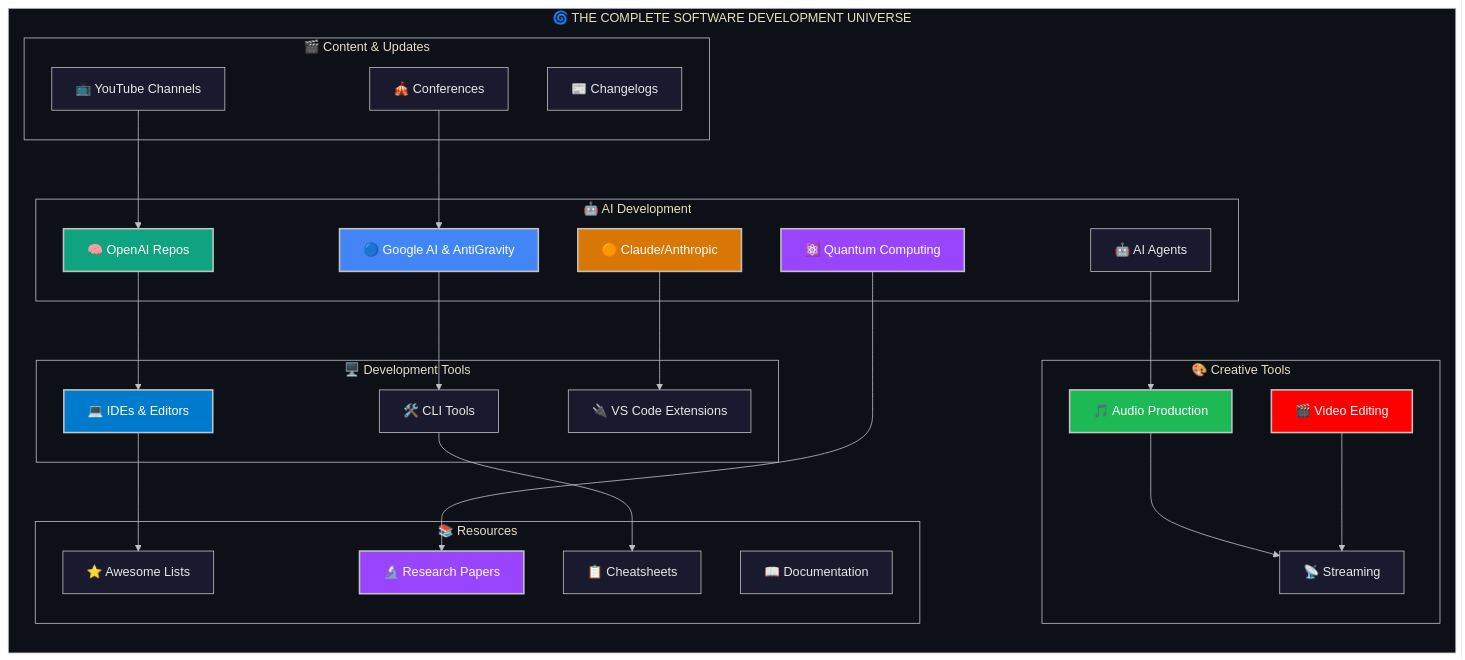
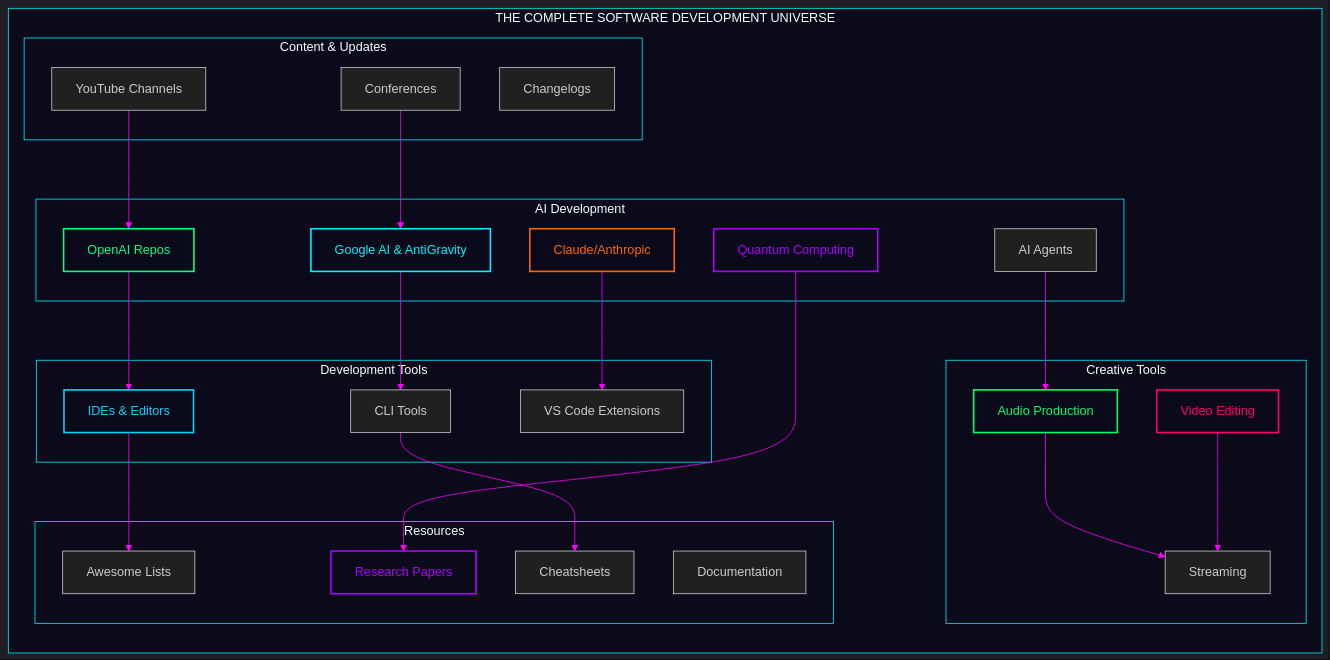
One commit to SpiralCloudOmega/DevTeam6 changed the third of 9 diagrams in README.md. Above: the diagram before and after it, drawn with Mermaid. The commit also changed other lines of this file, not shown here.

Commit message:
Add dark cyberpunk theme colors and improve text readability in mermaid diagrams

````diff
--- a/README.md
+++ b/README.md
@@ -260,61 +260,61 @@
 ```mermaid
-%%{init: {'theme': 'base', 'themeVariables': { 'primaryColor': '#1a1a2e', 'primaryTextColor': '#e8e8e8', 'primaryBorderColor': '#c0c0c0', 'lineColor': '#c0c0c0', 'secondaryColor': '#2d2d44', 'tertiaryColor': '#16213e', 'clusterBkg': '#0d1117', 'clusterBorder': '#c0c0c0'}}}%%
+%%{init: {'theme': 'dark', 'themeVariables': { 'primaryColor': '#0a0a1a', 'primaryTextColor': '#ffffff', 'primaryBorderColor': '#00f0ff', 'lineColor': '#ff00ff', 'secondaryColor': '#1a0a2e', 'tertiaryColor': '#0d0d1a', 'clusterBkg': '#0a0a1a', 'clusterBorder': '#00f0ff', 'fontFamily': 'JetBrains Mono, monospace'}}}%%
 graph TB
-    subgraph "🌀 THE COMPLETE SOFTWARE DEVELOPMENT UNIVERSE"
+    subgraph "THE COMPLETE SOFTWARE DEVELOPMENT UNIVERSE"
         direction TB
         
-        subgraph "🎬 Content & Updates"
-            YT[📺 YouTube Channels]
-            CONF[🎪 Conferences]
-            NEWS[📰 Changelogs]
+        subgraph "Content & Updates"
+            YT[YouTube Channels]
+            CONF[Conferences]
+            NEWS[Changelogs]
         end
         
-        subgraph "🤖 AI Development"
-            OPENAI[🧠 OpenAI Repos]
-            GOOGLE[🔵 Google AI & AntiGravity]
-            CLAUDE[🟠 Claude/Anthropic]
-            AGENTS[🤖 AI Agents]
-            QUANTUM[⚛️ Quantum Computing]
+        subgraph "AI Development"
+            OPENAI[OpenAI Repos]
+            GOOGLE[Google AI & AntiGravity]
+            CLAUDE[Claude/Anthropic]
+            AGENTS[AI Agents]
+            QUANTUM[Quantum Computing]
         end
         
-        subgraph "🖥️ Development Tools"
-            IDE[💻 IDEs & Editors]
-            CLI[🛠️ CLI Tools]
-            EXT[🔌 VS Code Extensions]
+        subgraph "Development Tools"
+            IDE[IDEs & Editors]
+            CLI[CLI Tools]
+            EXT[VS Code Extensions]
         end
         
-        subgraph "🎨 Creative Tools"
-            AUDIO[🎵 Audio Production]
-            VIDEO[🎬 Video Editing]
-            STREAM[📡 Streaming]
+        subgraph "Creative Tools"
+            AUDIO[Audio Production]
+            VIDEO[Video Editing]
+            STREAM[Streaming]
         end
         
-        subgraph "📚 Resources"
-            AWESOME[⭐ Awesome Lists]
-            CHEAT[📋 Cheatsheets]
-            DOCS[📖 Documentation]
-            RESEARCH[🔬 Research Papers]
+        subgraph "Resources"
+            AWESOME[Awesome Lists]
+            CHEAT[Cheatsheets]
+            DOCS[Documentation]
+            RESEARCH[Research Papers]
         end
     end
     
     YT --> OPENAI
     CONF --> GOOGLE
     OPENAI --> IDE
     GOOGLE --> CLI
     CLAUDE --> EXT
     AGENTS --> AUDIO
     QUANTUM --> RESEARCH
     IDE --> AWESOME
     CLI --> CHEAT
     AUDIO --> STREAM
     VIDEO --> STREAM
     
-    style OPENAI fill:#10a37f,stroke:#c0c0c0,stroke-width:2px,color:#fff
-    style GOOGLE fill:#4285f4,stroke:#c0c0c0,stroke-width:2px,color:#fff
-    style CLAUDE fill:#d97706,stroke:#c0c0c0,stroke-width:2px,color:#fff
-    style QUANTUM fill:#9945ff,stroke:#c0c0c0,stroke-width:2px,color:#fff
-    style IDE fill:#007acc,stroke:#c0c0c0,stroke-width:2px,color:#fff
-    style AUDIO fill:#1db954,stroke:#c0c0c0,stroke-width:2px,color:#fff
-    style VIDEO fill:#ff0000,stroke:#c0c0c0,stroke-width:2px,color:#fff
-    style RESEARCH fill:#9945ff,stroke:#c0c0c0,stroke-width:2px,color:#fff
+    style OPENAI fill:#0a0a1a,stroke:#00ff88,stroke-width:2px,color:#00ff88
+    style GOOGLE fill:#0a0a1a,stroke:#00f0ff,stroke-width:2px,color:#00f0ff
+    style CLAUDE fill:#0a0a1a,stroke:#ff6600,stroke-width:2px,color:#ff6600
+    style QUANTUM fill:#0a0a1a,stroke:#aa00ff,stroke-width:2px,color:#aa00ff
+    style IDE fill:#0a0a1a,stroke:#00d4ff,stroke-width:2px,color:#00d4ff
+    style AUDIO fill:#0a0a1a,stroke:#00ff66,stroke-width:2px,color:#00ff66
+    style VIDEO fill:#0a0a1a,stroke:#ff0066,stroke-width:2px,color:#ff0066
+    style RESEARCH fill:#0a0a1a,stroke:#aa00ff,stroke-width:2px,color:#aa00ff
 ```
````
